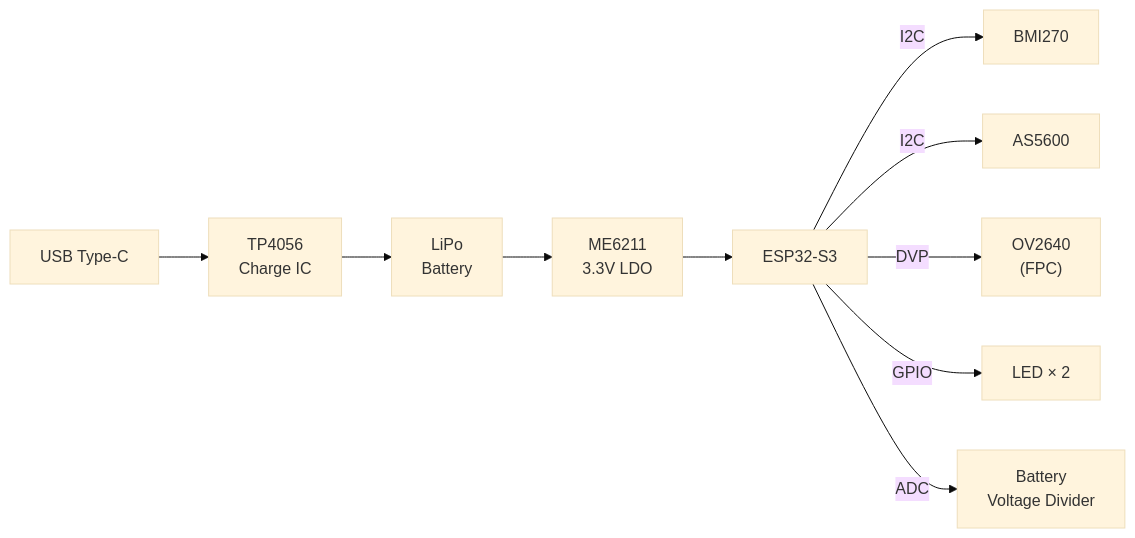
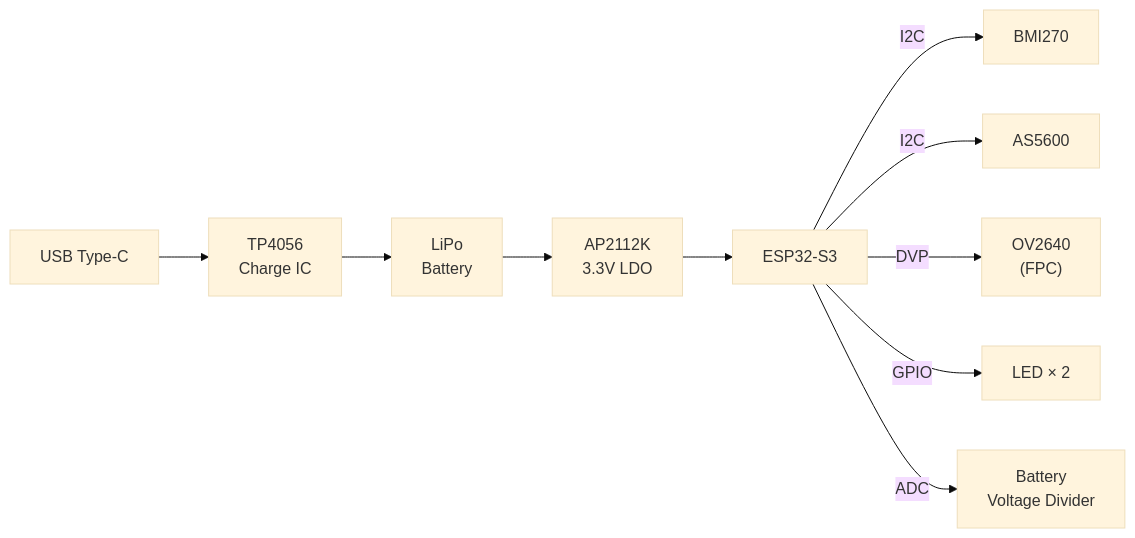
One commit to Auromix/OpenUMI changed the first of 8 diagrams in docs/design/system-design.md. Above: the diagram before and after it, drawn with Mermaid (base theme). The commit also changed other lines of this file and 1 other file, not shown here.

````diff
--- a/docs/design/system-design.md
+++ b/docs/design/system-design.md
@@ -163,12 +167,12 @@
 ```mermaid
 graph LR
     USB["USB Type-C"] --> TP["TP4056<br/>Charge IC"]
     TP --> BAT["LiPo<br/>Battery"]
-    BAT --> LDO["ME6211<br/>3.3V LDO"]
+    BAT --> LDO["AP2112K<br/>3.3V LDO"]
     LDO --> ESP["ESP32-S3"]
     ESP -- "I2C" --> IMU["BMI270"]
     ESP -- "I2C" --> ENC["AS5600"]
     ESP -- "DVP" --> CAM["OV2640<br/>(FPC)"]
     ESP -- "GPIO" --> LED["LED × 2"]
     ESP -- "ADC" --> VDIV["Battery<br/>Voltage Divider"]
 ```
````
